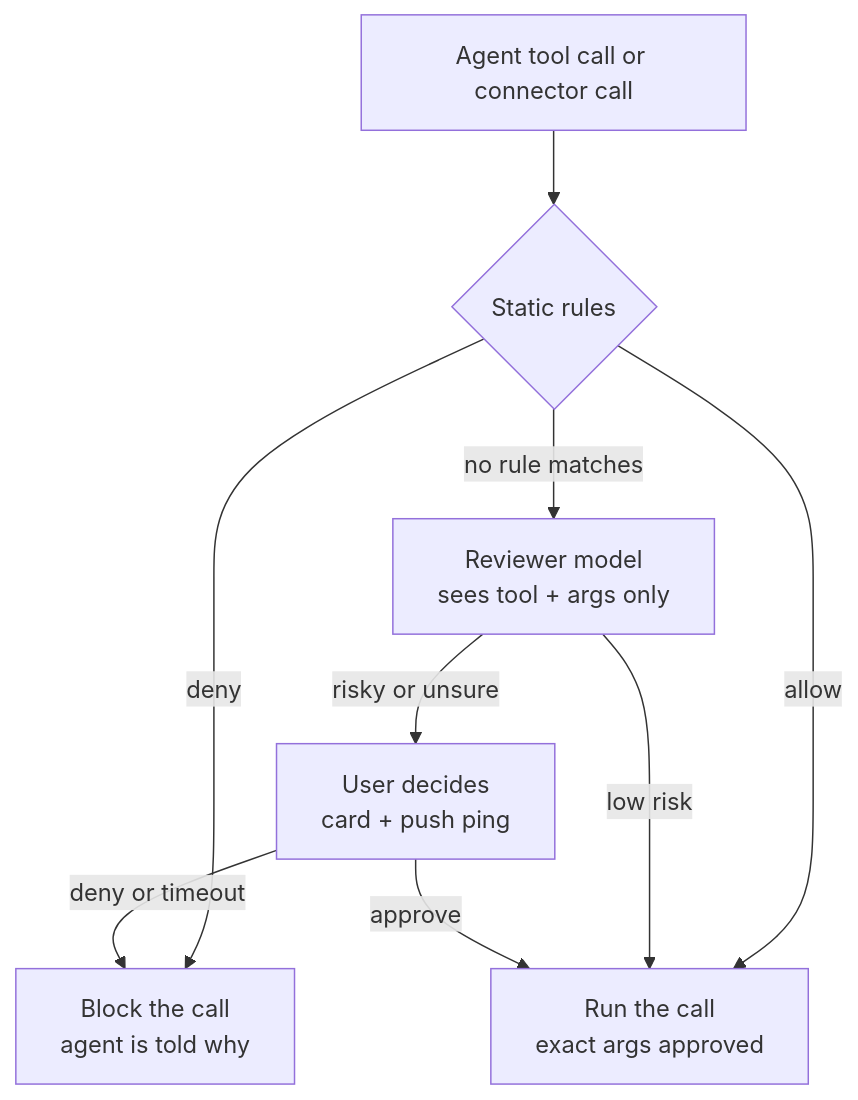
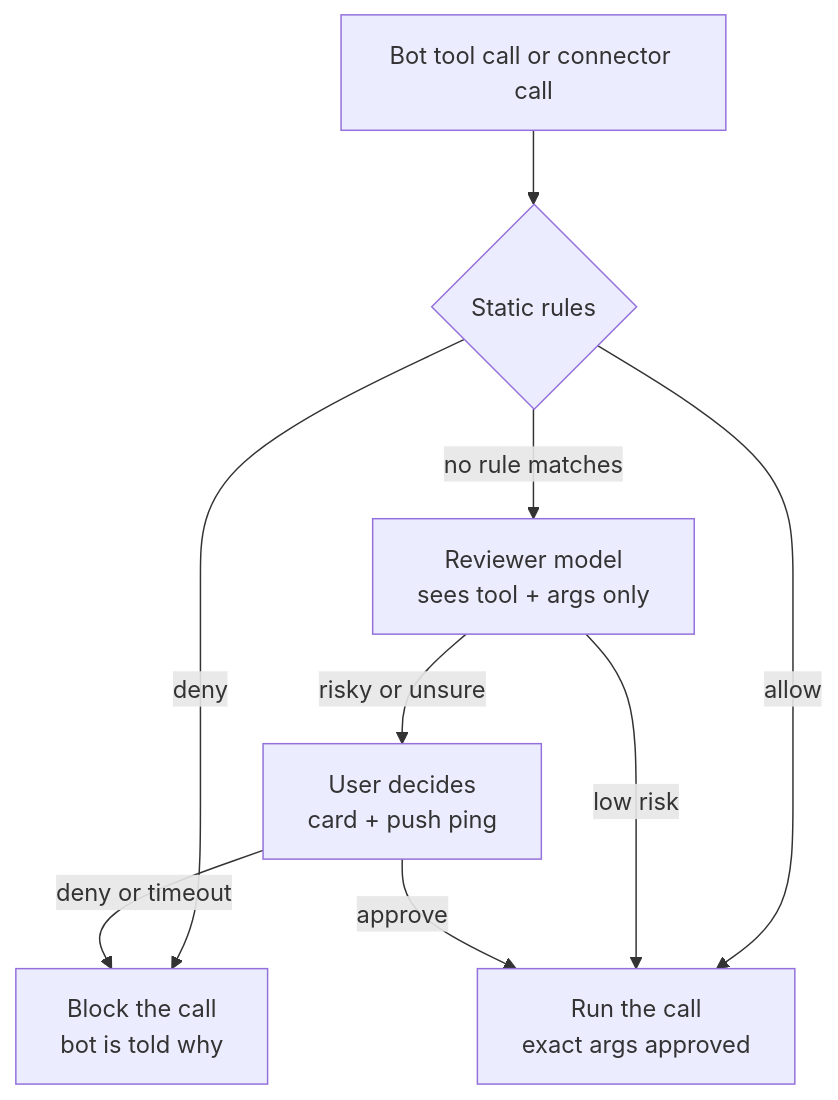
One commit to jcore9/Aphelion changed the second of 2 diagrams in docs/plan/aphelion-plan.md. Above: the diagram before and after it, drawn with Mermaid. The commit also changed other lines of this file and 60 other files, not shown here.

````diff
--- a/docs/plan/aphelion-plan.md
+++ b/docs/plan/aphelion-plan.md
@@ -269,11 +269,11 @@
 ```mermaid
 flowchart TB
-  call["Agent tool call or connector call"] --> rules{"Static rules"}
-  rules -- deny --> block["Block the call<br/>agent is told why"]
+  call["Bot tool call or connector call"] --> rules{"Static rules"}
+  rules -- deny --> block["Block the call<br/>bot is told why"]
   rules -- allow --> run["Run the call<br/>exact args approved"]
   rules -- "no rule matches" --> reviewer["Reviewer model<br/>sees tool + args only"]
   reviewer -- "low risk" --> run
   reviewer -- "risky or unsure" --> user["User decides<br/>card + push ping"]
   user -- approve --> run
   user -- "deny or timeout" --> block
 ```
````
